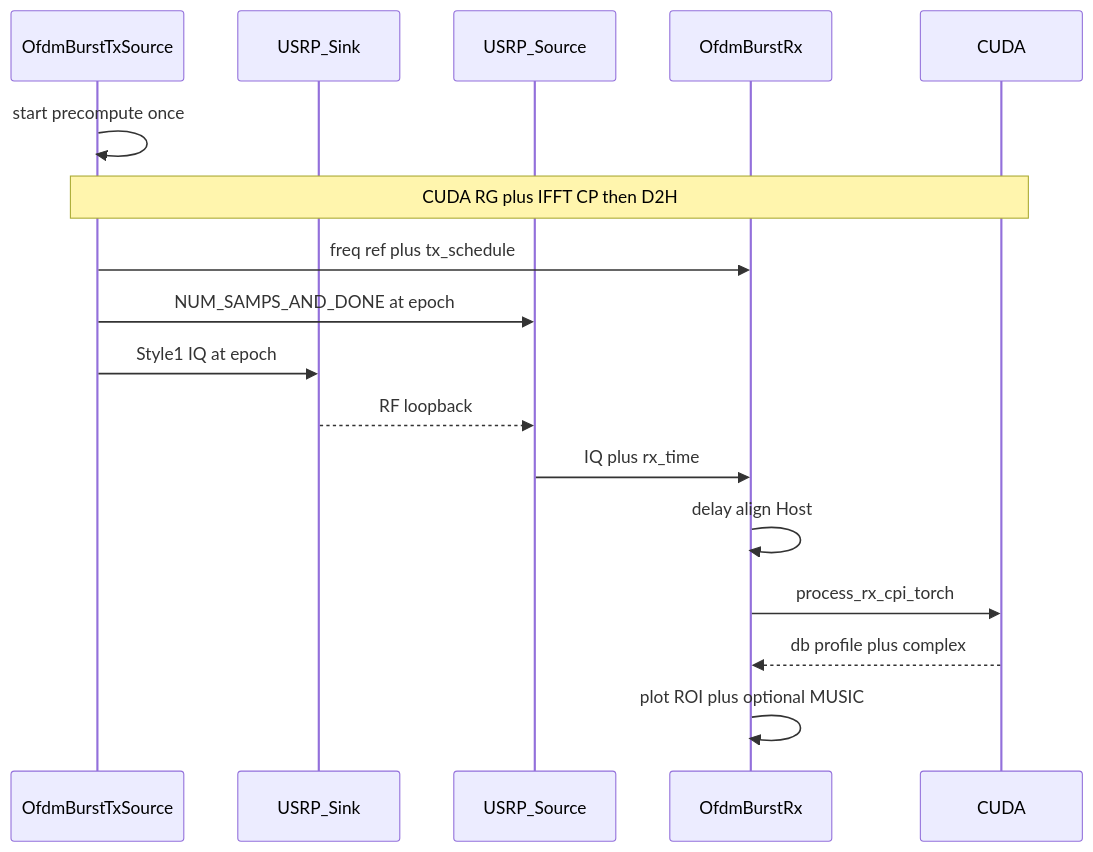
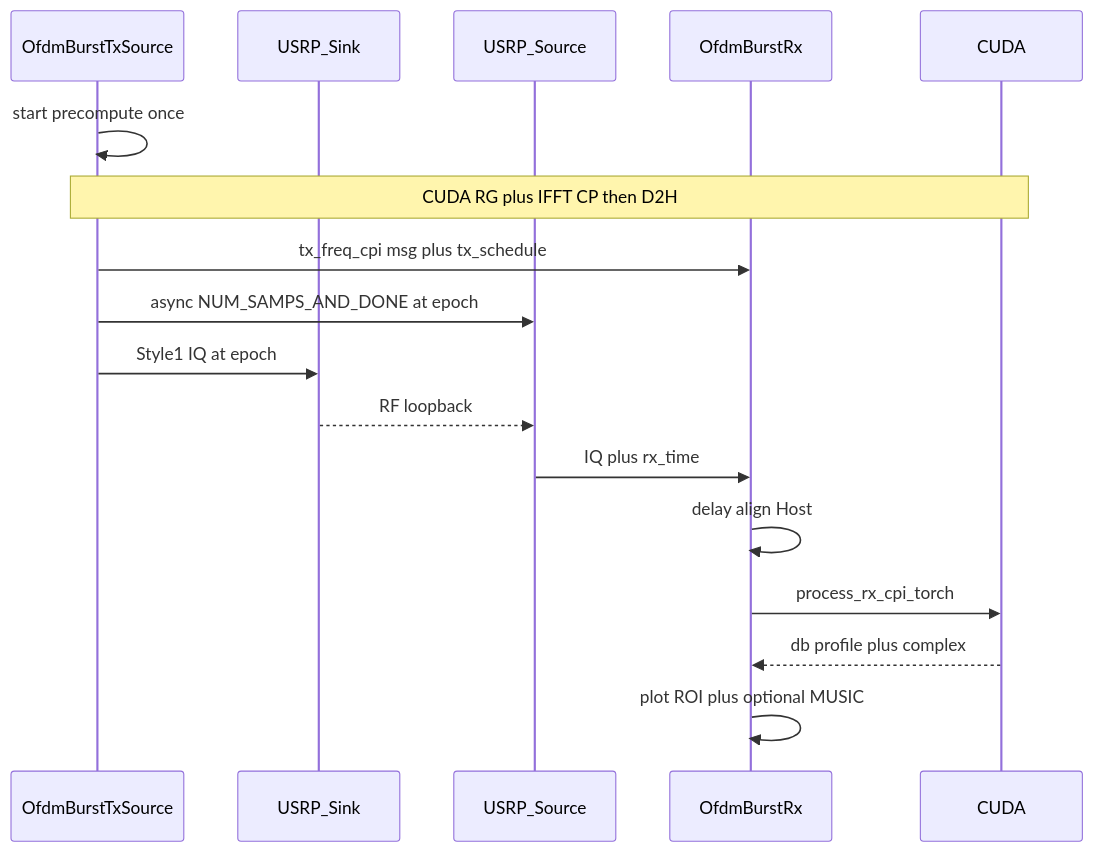
One commit to GitLinhp/isac changed the second of 2 diagrams in gnuradio/tests/single_base/usrp_ofdm_sink_source_dd_backup/SIGNAL_FLOW.md. Above: the diagram before and after it, drawn with Mermaid. The commit also changed other lines of this file and 76 other files, not shown here.

````diff
--- a/gnuradio/tests/single_base/usrp_ofdm_sink_source_dd_backup/SIGNAL_FLOW.md
+++ b/gnuradio/tests/single_base/usrp_ofdm_sink_source_dd_backup/SIGNAL_FLOW.md
@@ -227,20 +232,20 @@
 ```mermaid
 sequenceDiagram
   participant TX as OfdmBurstTxSource
   participant Sink as USRP_Sink
   participant Src as USRP_Source
   participant RX as OfdmBurstRx
   participant GPU as CUDA
 
   TX->>TX: start precompute once
   Note over TX,GPU: CUDA RG plus IFFT CP then D2H
-  TX->>RX: freq ref plus tx_schedule
-  TX->>Src: NUM_SAMPS_AND_DONE at epoch
+  TX->>RX: tx_freq_cpi msg plus tx_schedule
+  TX->>Src: async NUM_SAMPS_AND_DONE at epoch
   TX->>Sink: Style1 IQ at epoch
   Sink-->>Src: RF loopback
   Src->>RX: IQ plus rx_time
   RX->>RX: delay align Host
   RX->>GPU: process_rx_cpi_torch
   GPU-->>RX: db profile plus complex
   RX->>RX: plot ROI plus optional MUSIC
 ```
````
